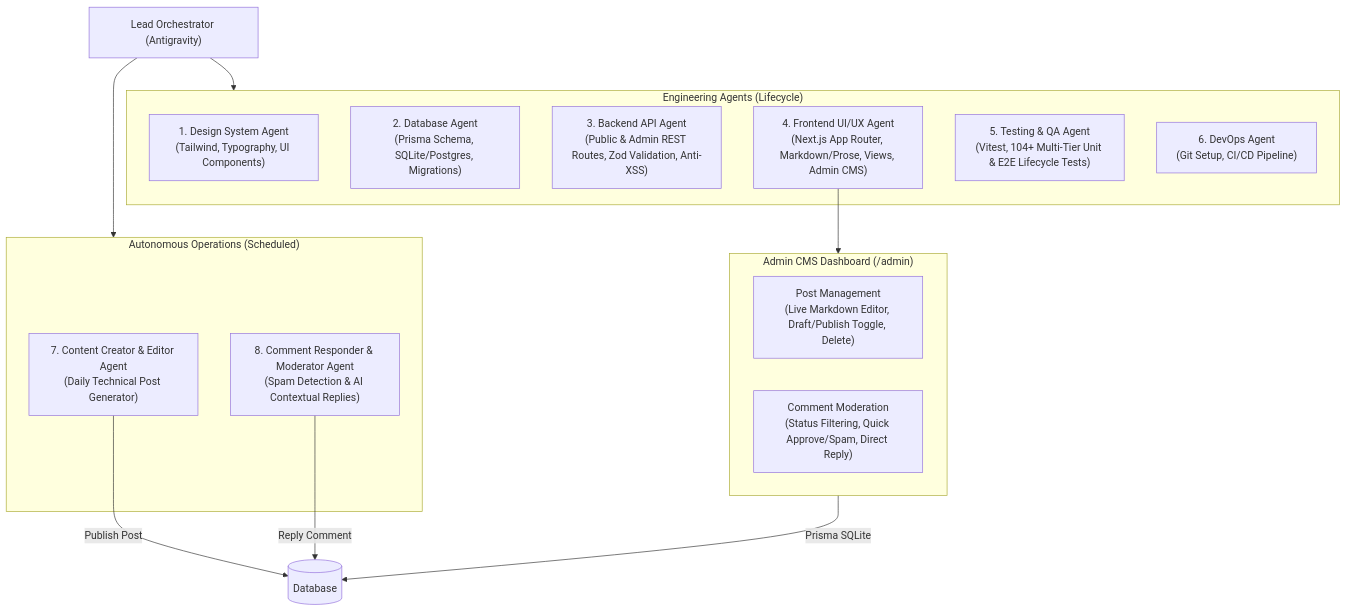
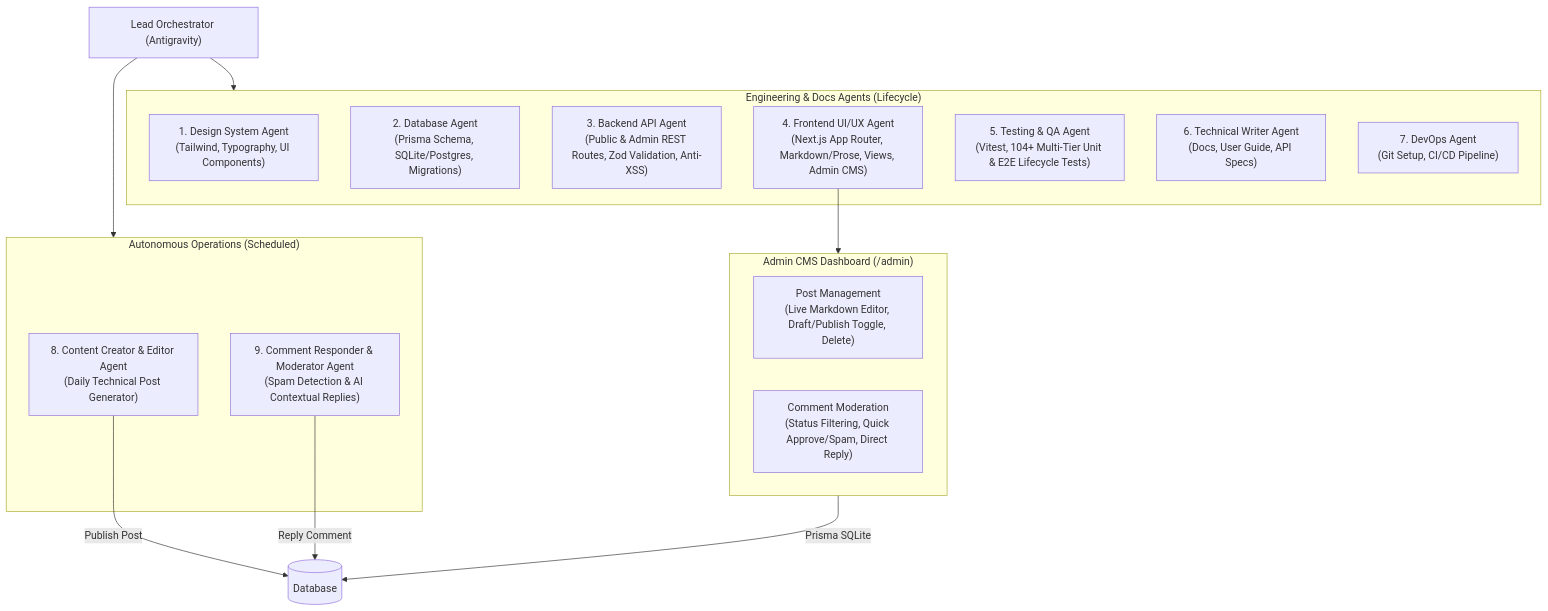
One commit to cahyadsn/blog changed the diagram in README.md. Above: the diagram before and after it, drawn with Mermaid. The commit also changed other lines of this file and 3 other files, not shown here.

Commit message:
docs: add Technical Writer Agent, USER_GUIDE.md, and REPOSITORY_DOCUMENTATION.md

````diff
--- a/README.md
+++ b/README.md
@@ -20,30 +20,31 @@
 ```mermaid
 flowchart TD
     User["Lead Orchestrator (Antigravity)"]
 
-    subgraph Dev_Agents ["Engineering Agents (Lifecycle)"]
+    subgraph Dev_Agents ["Engineering & Docs Agents (Lifecycle)"]
         A1["1. Design System Agent\n(Tailwind, Typography, UI Components)"]
         A2["2. Database Agent\n(Prisma Schema, SQLite/Postgres, Migrations)"]
         A3["3. Backend API Agent\n(Public & Admin REST Routes, Zod Validation, Anti-XSS)"]
         A4["4. Frontend UI/UX Agent\n(Next.js App Router, Markdown/Prose, Views, Admin CMS)"]
         A5["5. Testing & QA Agent\n(Vitest, 104+ Multi-Tier Unit & E2E Lifecycle Tests)"]
-        A6["6. DevOps Agent\n(Git Setup, CI/CD Pipeline)"]
+        A6["6. Technical Writer Agent\n(Docs, User Guide, API Specs)"]
+        A7["7. DevOps Agent\n(Git Setup, CI/CD Pipeline)"]
     end
 
     subgraph Admin_CMS ["Admin CMS Dashboard (/admin)"]
         CMS1["Post Management\n(Live Markdown Editor, Draft/Publish Toggle, Delete)"]
         CMS2["Comment Moderation\n(Status Filtering, Quick Approve/Spam, Direct Reply)"]
     end
 
     subgraph Ops_Agents ["Autonomous Operations (Scheduled)"]
-        A7["7. Content Creator & Editor Agent\n(Daily Technical Post Generator)"]
-        A8["8. Comment Responder & Moderator Agent\n(Spam Detection & AI Contextual Replies)"]
+        A8["8. Content Creator & Editor Agent\n(Daily Technical Post Generator)"]
+        A9["9. Comment Responder & Moderator Agent\n(Spam Detection & AI Contextual Replies)"]
     end
 
     User --> Dev_Agents
     User --> Ops_Agents
     A4 --> Admin_CMS
     Admin_CMS -->|Prisma SQLite| DB[("Database")]
-    A7 -->|Publish Post| DB
-    A8 -->|Reply Comment| DB
+    A8 -->|Publish Post| DB
+    A9 -->|Reply Comment| DB
 ```
````
